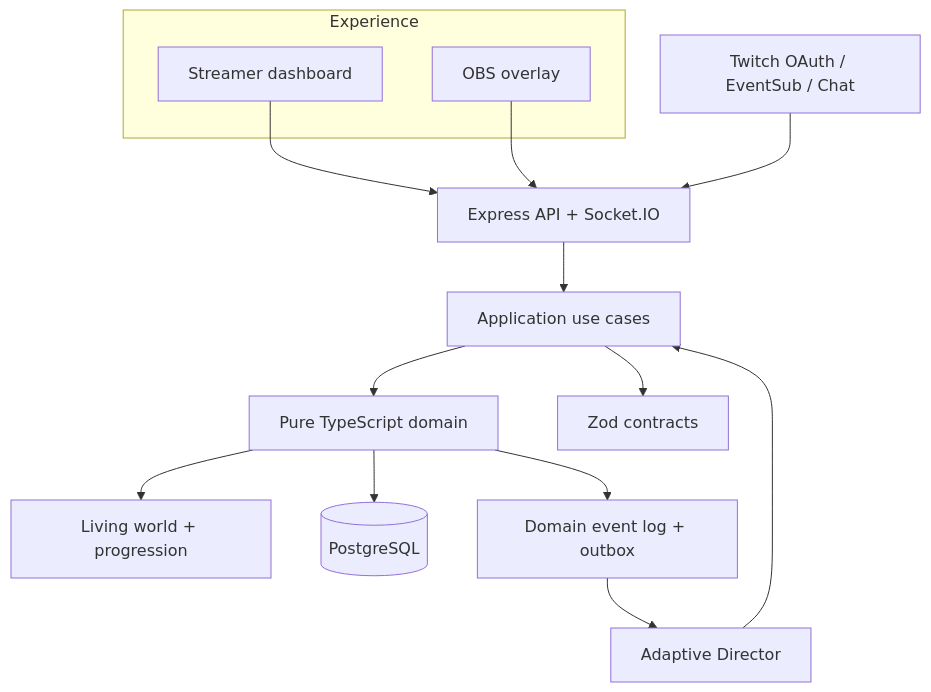
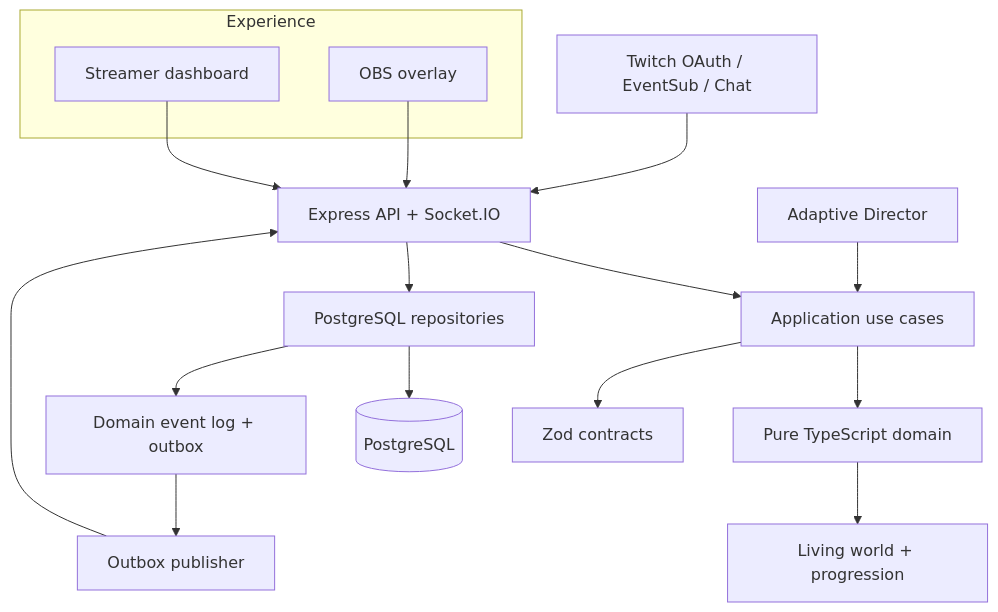
One commit to TEKURU-ZENO/SIDEQUEST changed the diagram in docs/architecture/overview.md. Above: the diagram before and after it, drawn with Mermaid. The commit also changed other lines of this file and 42 other files, not shown here.

````diff
--- a/docs/architecture/overview.md
+++ b/docs/architecture/overview.md
@@ -5,27 +5,31 @@
 ```mermaid
 flowchart TB
   subgraph Experience
     Dashboard[Streamer dashboard]
     Overlay[OBS overlay]
   end
   Twitch[Twitch OAuth / EventSub / Chat]
   API[Express API + Socket.IO]
   App[Application use cases]
   Domain[Pure TypeScript domain]
   Contracts[Zod contracts]
   World[Living world + progression]
+  Persistence[PostgreSQL repositories]
+  Publisher[Outbox publisher]
   AI[Adaptive Director]
   DB[(PostgreSQL)]
   Log[Domain event log + outbox]
   Dashboard --> API
   Overlay --> API
   Twitch --> API
   API --> App
+  API --> Persistence
   App --> Domain
   App --> Contracts
   Domain --> World
-  Domain --> DB
-  Domain --> Log
-  Log --> AI
+  Persistence --> DB
+  Persistence --> Log
+  Log --> Publisher
+  Publisher --> API
   AI --> App
 ```
````
